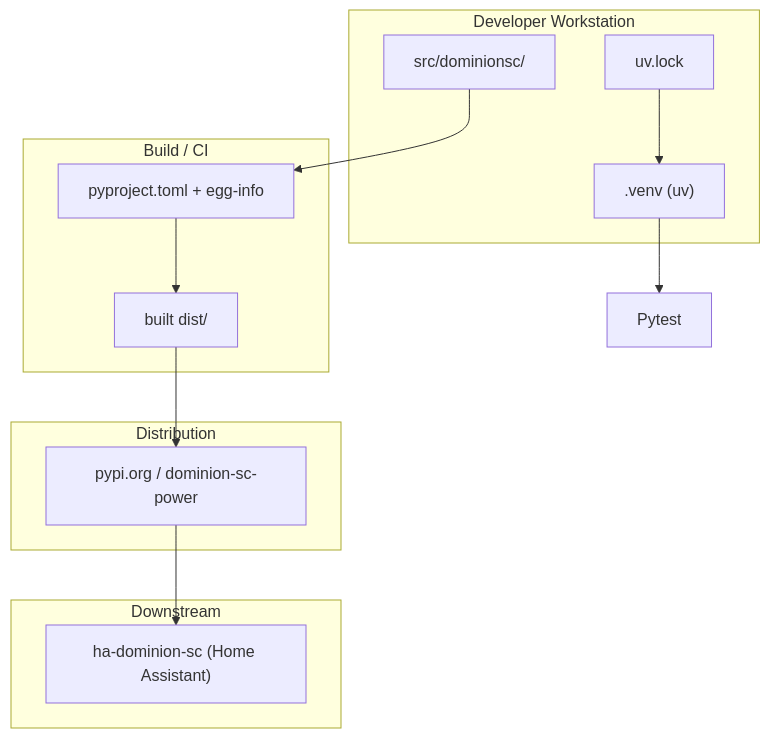
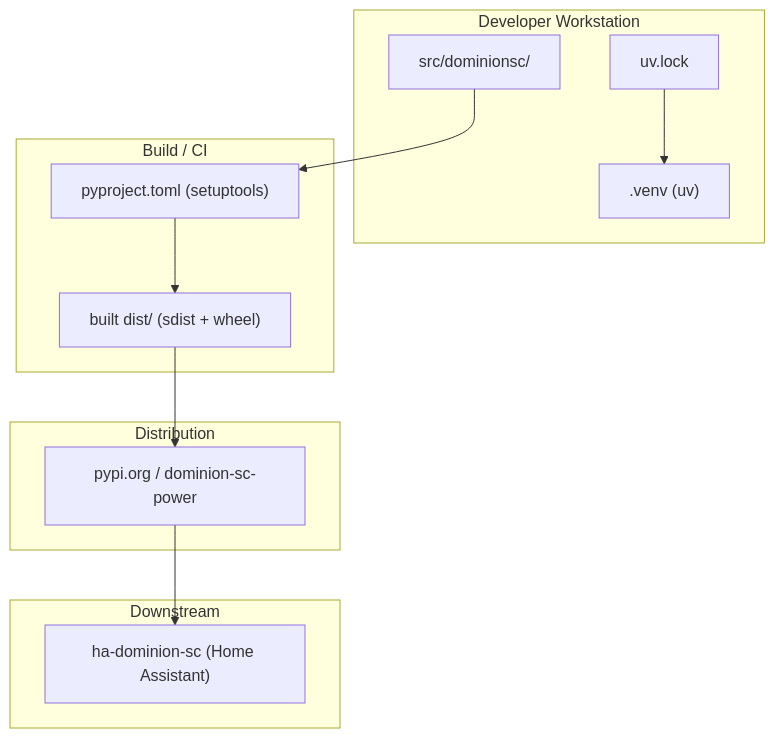
The second of 2 diagrams in docs/architecture/05-deployment.md (hype8912/dominion-sc-power), drawn with Mermaid before and after one commit. The commit also changed other lines of this file and 20 other files, not shown here.

````diff
--- a/docs/architecture/05-deployment.md
+++ b/docs/architecture/05-deployment.md
@@ -37,26 +36,25 @@
 ```mermaid
 flowchart TB
     subgraph Local["Developer Workstation"]
         Source["src/dominionsc/"]
         Venv[".venv (uv)"]
         Lock["uv.lock"]
     end
 
     subgraph Build["Build / CI"]
-        Package["pyproject.toml + egg-info"]
-        Wheel["built dist/"]
+        Package["pyproject.toml (setuptools)"]
+        Wheel["built dist/ (sdist + wheel)"]
     end
 
     subgraph Registry["Distribution"]
         PyPI["pypi.org / dominion-sc-power"]
     end
 
     subgraph Consumer["Downstream"]
         HA_Integration["ha-dominion-sc (Home Assistant)"]
     end
 
     Source --> Package
     Lock --> Venv
-    Venv --> Pytest
     Package --> Wheel --> PyPI --> HA_Integration
 ```
````
